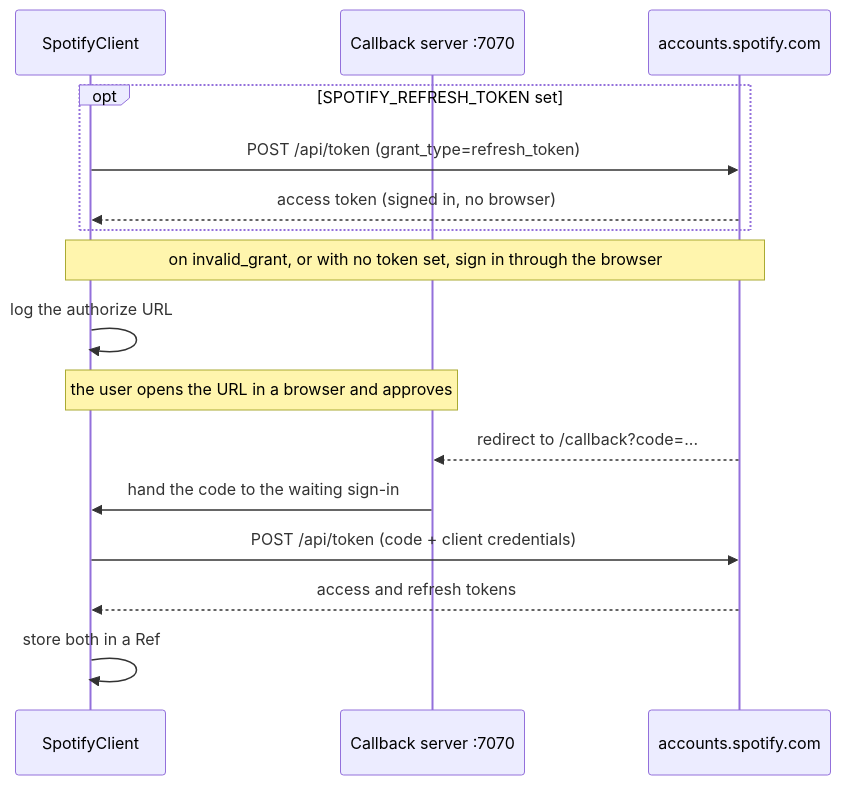
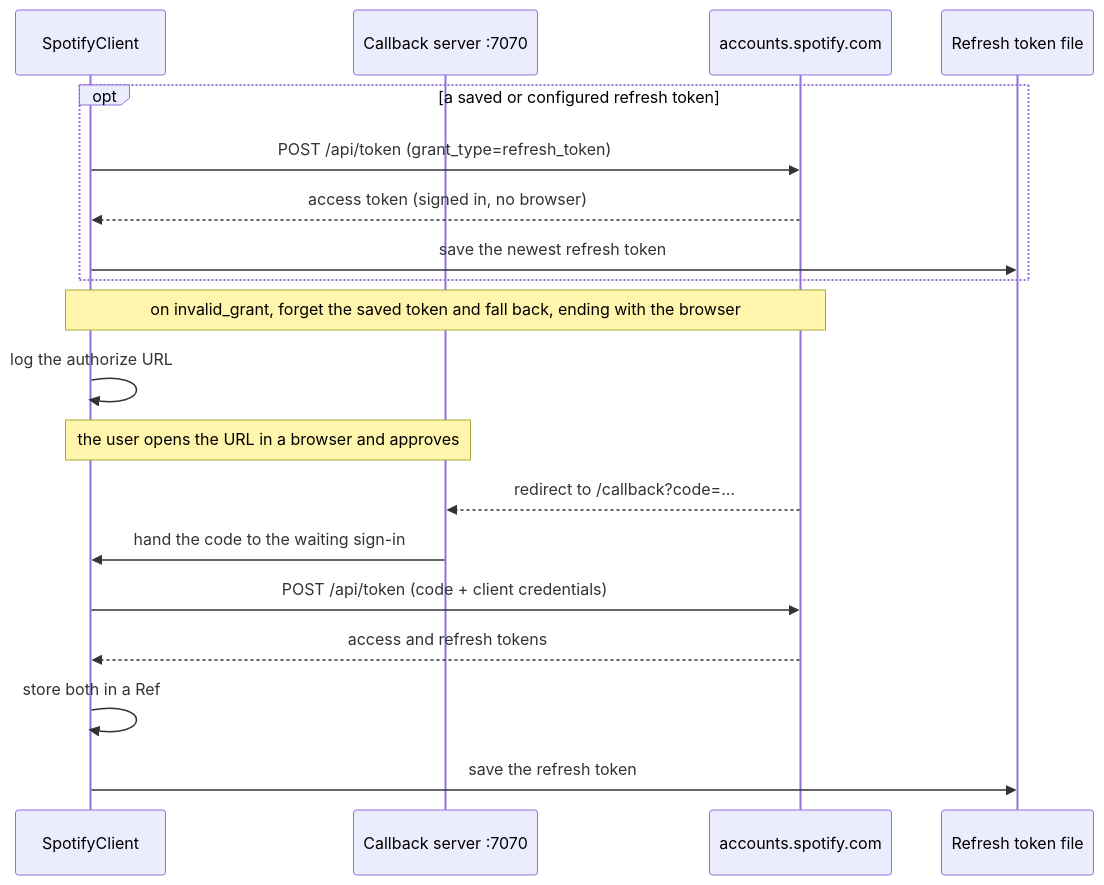
The first of 3 diagrams in docs/how-it-works.md (LorenzoPrinsloo/spotify-hue-sync), drawn with Mermaid before and after one commit. The commit also changed other lines of this file and 5 other files, not shown here.

Commit message:
Add refresh token file persistence and SPOTIFY_TOKEN_FILE setting

````diff
--- a/docs/how-it-works.md
+++ b/docs/how-it-works.md
@@ -9,19 +9,22 @@
 ```mermaid
 sequenceDiagram
     participant App as SpotifyClient
     participant CB as Callback server :7070
     participant Acc as accounts.spotify.com
+    participant File as Refresh token file
 
-    opt SPOTIFY_REFRESH_TOKEN set
+    opt a saved or configured refresh token
         App->>Acc: POST /api/token (grant_type=refresh_token)
         Acc-->>App: access token (signed in, no browser)
+        App->>File: save the newest refresh token
     end
-    Note over App,Acc: on invalid_grant, or with no token set, sign in through the browser
+    Note over App,Acc: on invalid_grant, forget the saved token and fall back, ending with the browser
     App->>App: log the authorize URL
     Note over App,CB: the user opens the URL in a browser and approves
     Acc-->>CB: redirect to /callback?code=...
     CB->>App: hand the code to the waiting sign-in
     App->>Acc: POST /api/token (code + client credentials)
     Acc-->>App: access and refresh tokens
     App->>App: store both in a Ref
+    App->>File: save the refresh token
 ```
````
